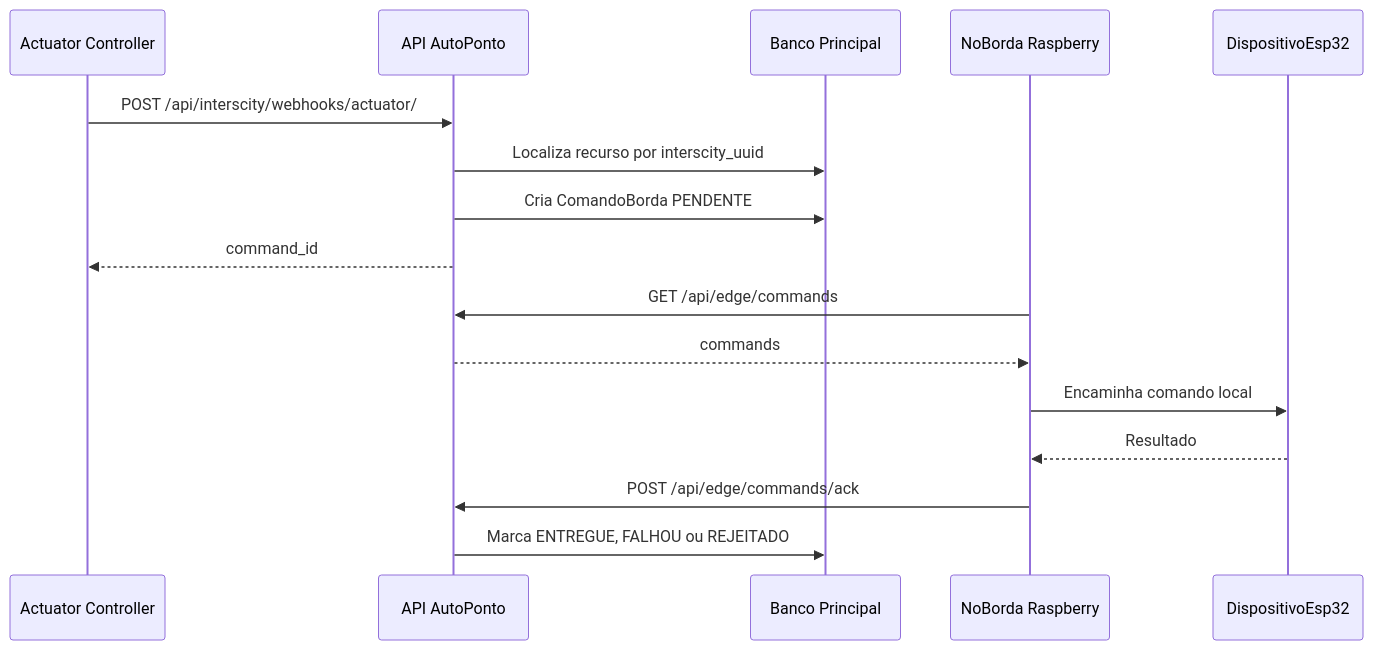
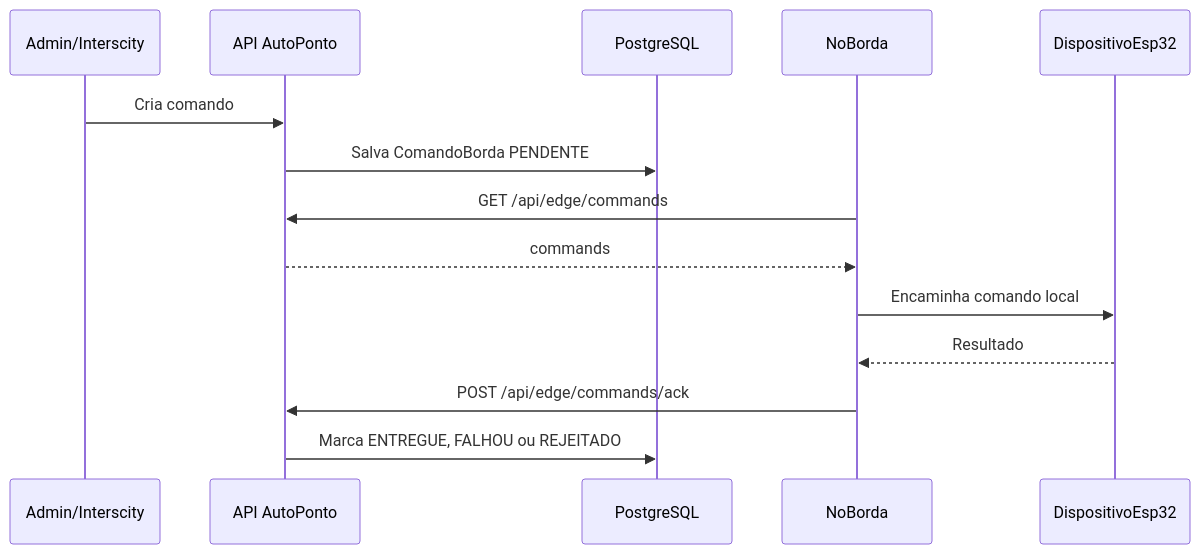
The ninth of 12 diagrams in autoponto-backend/docs/diagramas-tcc.md (DanielKGM/autoponto), drawn with Mermaid before and after one commit. The commit also changed other lines of this file and 46 other files, not shown here.

````diff
--- a/autoponto-backend/docs/diagramas-tcc.md
+++ b/autoponto-backend/docs/diagramas-tcc.md
@@ -297,19 +262,17 @@
 ```mermaid
 sequenceDiagram
-    participant Actuator as Actuator Controller
+    participant Admin as Admin/Interscity
     participant API as API AutoPonto
-    participant DB as Banco Principal
-    participant Edge as NoBorda Raspberry
+    participant DB as PostgreSQL
+    participant Edge as NoBorda
     participant ESP as DispositivoEsp32
 
-    Actuator->>API: POST /api/interscity/webhooks/actuator/
-    API->>DB: Localiza recurso por interscity_uuid
-    API->>DB: Cria ComandoBorda PENDENTE
-    API-->>Actuator: command_id
+    Admin->>API: Cria comando
+    API->>DB: Salva ComandoBorda PENDENTE
     Edge->>API: GET /api/edge/commands
     API-->>Edge: commands
     Edge->>ESP: Encaminha comando local
     ESP-->>Edge: Resultado
     Edge->>API: POST /api/edge/commands/ack
     API->>DB: Marca ENTREGUE, FALHOU ou REJEITADO
 ```
````
